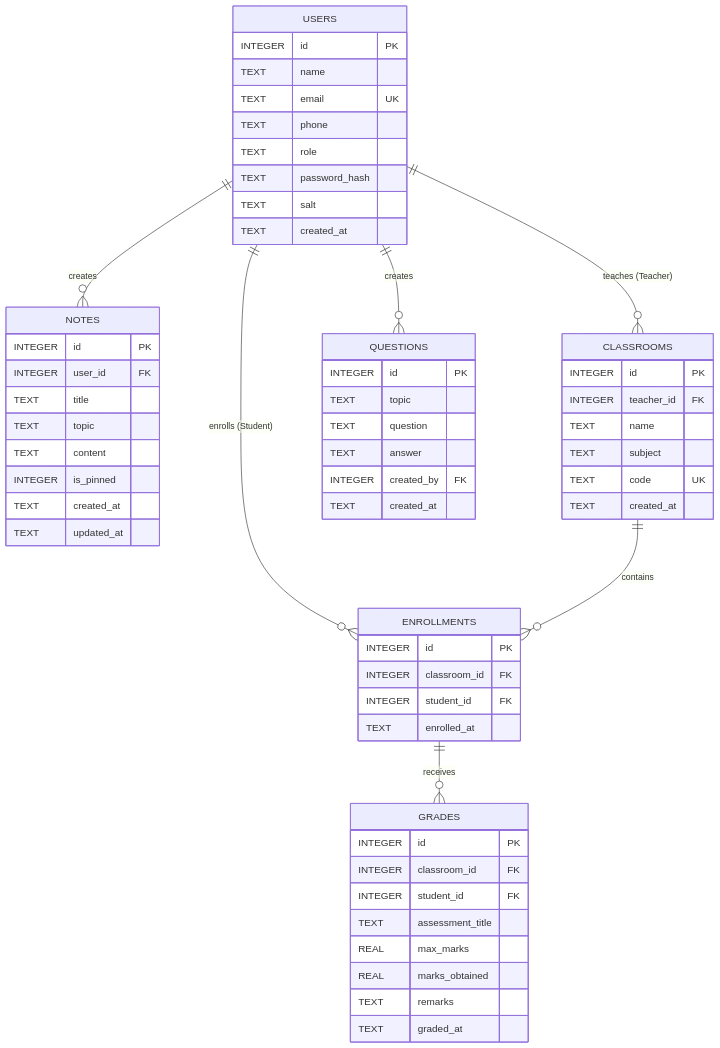
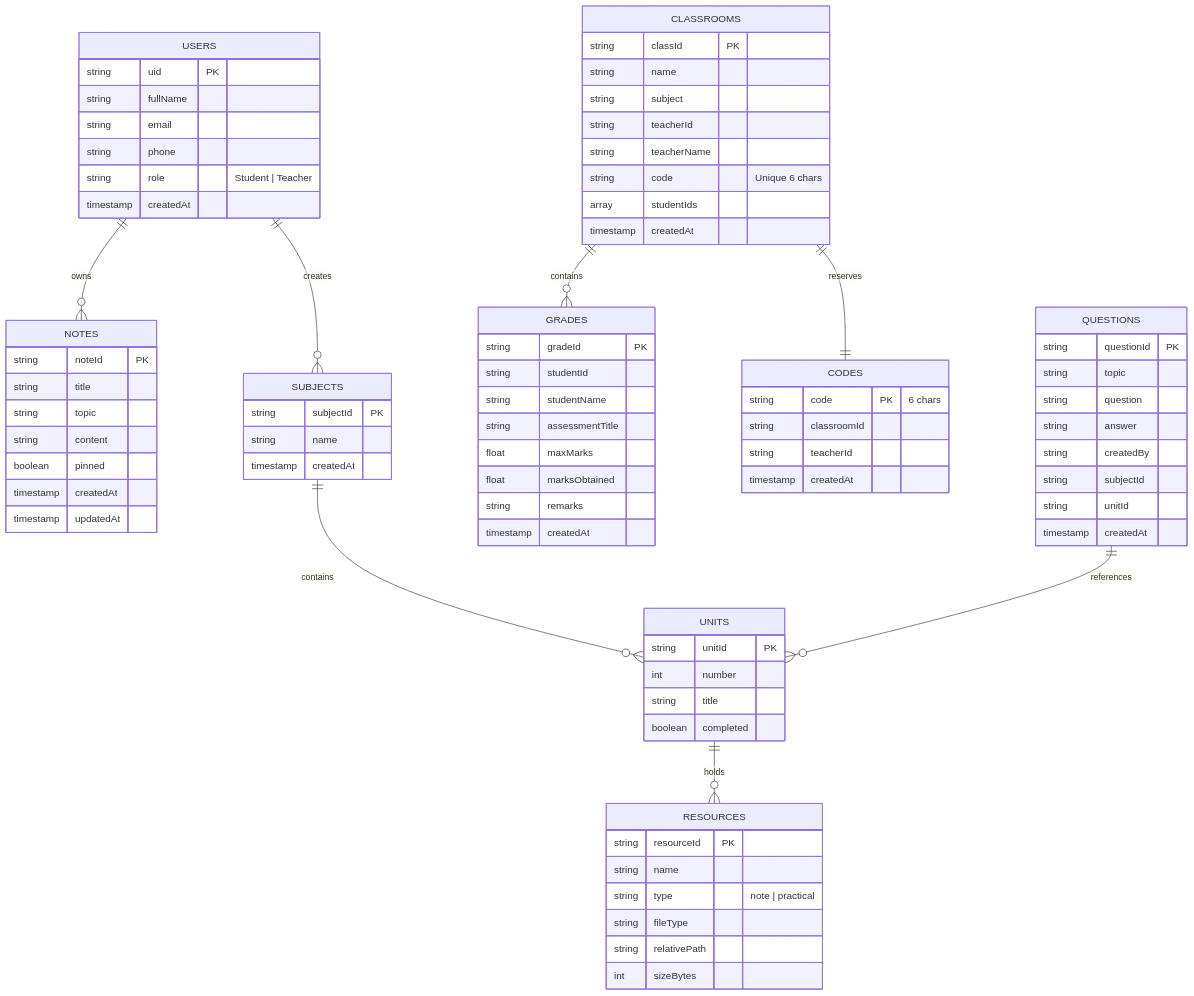
Before and after one commit to silverelloy665/Notes-manager: the second of 2 diagrams in docs/REPORT.md, drawn with Mermaid. The commit also changed other lines of this file and 231 other files, not shown here.

````diff
--- a/docs/REPORT.md
+++ b/docs/REPORT.md
@@ -236,67 +139,91 @@
 ```mermaid
 erDiagram
-    USERS ||--o{ NOTES : creates
-    USERS ||--o{ CLASSROOMS : "teaches (Teacher)"
-    USERS ||--o{ ENROLLMENTS : "enrolls (Student)"
-    CLASSROOMS ||--o{ ENROLLMENTS : contains
-    ENROLLMENTS ||--o{ GRADES : receives
-    USERS ||--o{ QUESTIONS : creates
+    USERS ||--o{ NOTES : owns
+    USERS ||--o{ SUBJECTS : creates
+    SUBJECTS ||--o{ UNITS : contains
+    UNITS ||--o{ RESOURCES : holds
+    CLASSROOMS ||--o{ GRADES : contains
+    CLASSROOMS ||--|| CODES : reserves
+    QUESTIONS ||--o{ UNITS : references
 
     USERS {
-        INTEGER id PK
-        TEXT name
-        TEXT email UK
-        TEXT phone
-        TEXT role
-        TEXT password_hash
-        TEXT salt
-        TEXT created_at
+        string uid PK
+        string fullName
+        string email
+        string phone
+        string role "Student | Teacher"
+        timestamp createdAt
     }
 
     NOTES {
-        INTEGER id PK
-        INTEGER user_id FK
-        TEXT title
-        TEXT topic
-        TEXT content
-        INTEGER is_pinned
-        TEXT created_at
-        TEXT updated_at
+        string noteId PK
+        string title
+        string topic
+        string content
+        boolean pinned
+        timestamp createdAt
+        timestamp updatedAt
+    }
+
+    SUBJECTS {
+        string subjectId PK
+        string name
+        timestamp createdAt
+    }
+
+    UNITS {
+        string unitId PK
+        int number
+        string title
+        boolean completed
+    }
+
+    RESOURCES {
+        string resourceId PK
+        string name
+        string type "note | practical"
+        string fileType
+        string relativePath
+        int sizeBytes
     }
 
     CLASSROOMS {
-        INTEGER id PK
-        INTEGER teacher_id FK
-        TEXT name
-        TEXT subject
-        TEXT code UK
-        TEXT created_at
-    }
-
-    ENROLLMENTS {
-        INTEGER id PK
-        INTEGER classroom_id FK
-        INTEGER student_id FK
-        TEXT enrolled_at
+        string classId PK
+        string name
+        string subject
+        string teacherId
+        string teacherName
+        string code "Unique 6 chars"
+        array studentIds
+        timestamp createdAt
     }
 
     GRADES {
-        INTEGER id PK
-        INTEGER classroom_id FK
-        INTEGER student_id FK
-        TEXT assessment_title
-        REAL max_marks
-        REAL marks_obtained
-        TEXT remarks
-        TEXT graded_at
+        string gradeId PK
+        string studentId
+        string studentName
+        string assessmentTitle
+        float maxMarks
+        float marksObtained
+        string remarks
+        timestamp createdAt
     }
 
     QUESTIONS {
-        INTEGER id PK
-        TEXT topic
-        TEXT question
-        TEXT answer
-        INTEGER created_by FK
-        TEXT created_at
+        string questionId PK
+        string topic
+        string question
+        string answer
+        string createdBy
+        string subjectId
+        string unitId
+        timestamp createdAt
+    }
+
+    CODES {
+        string code PK "6 chars"
+        string classroomId
+        string teacherId
+        timestamp createdAt
     }
 ```
````
